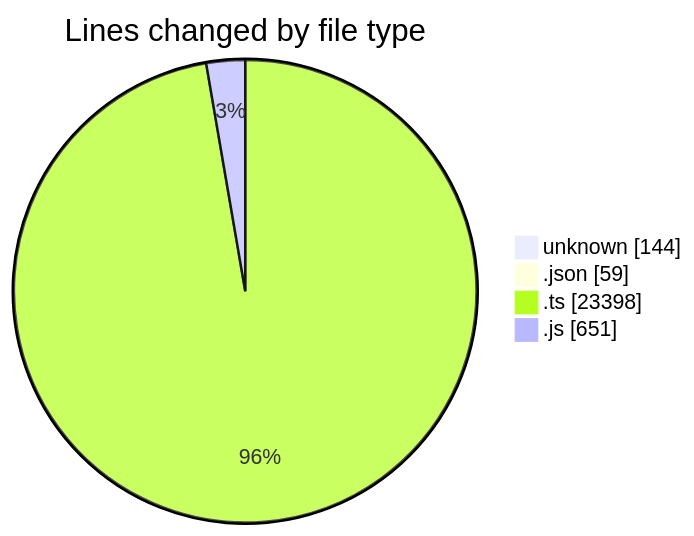
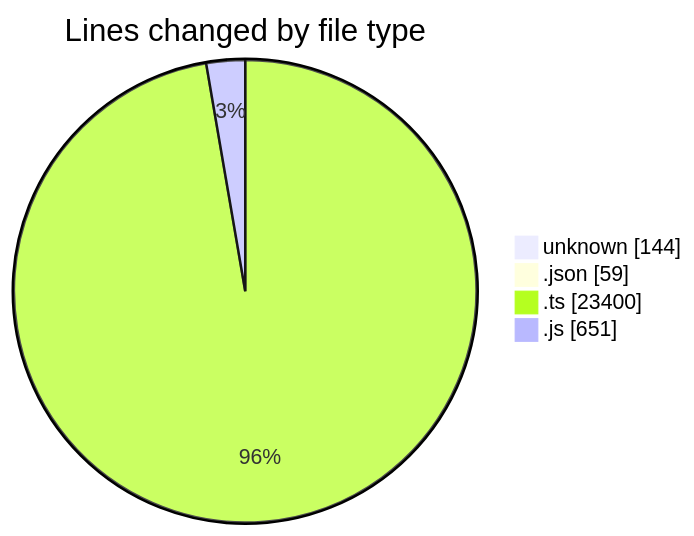
Before and after one commit to momahboobian/code-tracking: the first of 2 diagrams in 2025-11-13/cda/README.md, drawn with Mermaid. The commit also changed other lines of this file and 1 other file, not shown here.

````diff
--- a/2025-11-13/cda/README.md
+++ b/2025-11-13/cda/README.md
@@ -28,8 +28,8 @@
 ```mermaid
 pie showData
 title Lines changed by file type
 "unknown" : 144
 ".json" : 59
-".ts" : 23398
+".ts" : 23400
 ".js" : 651
 ```
````
